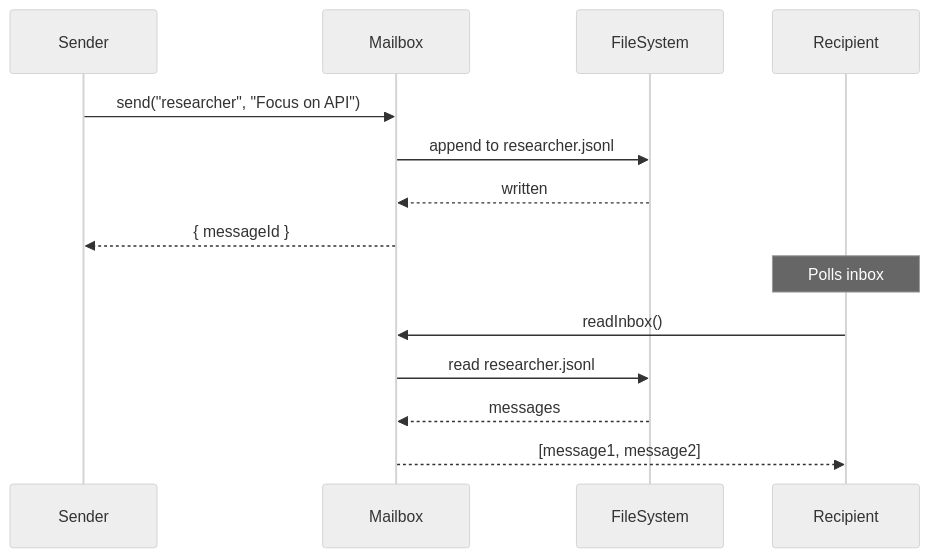
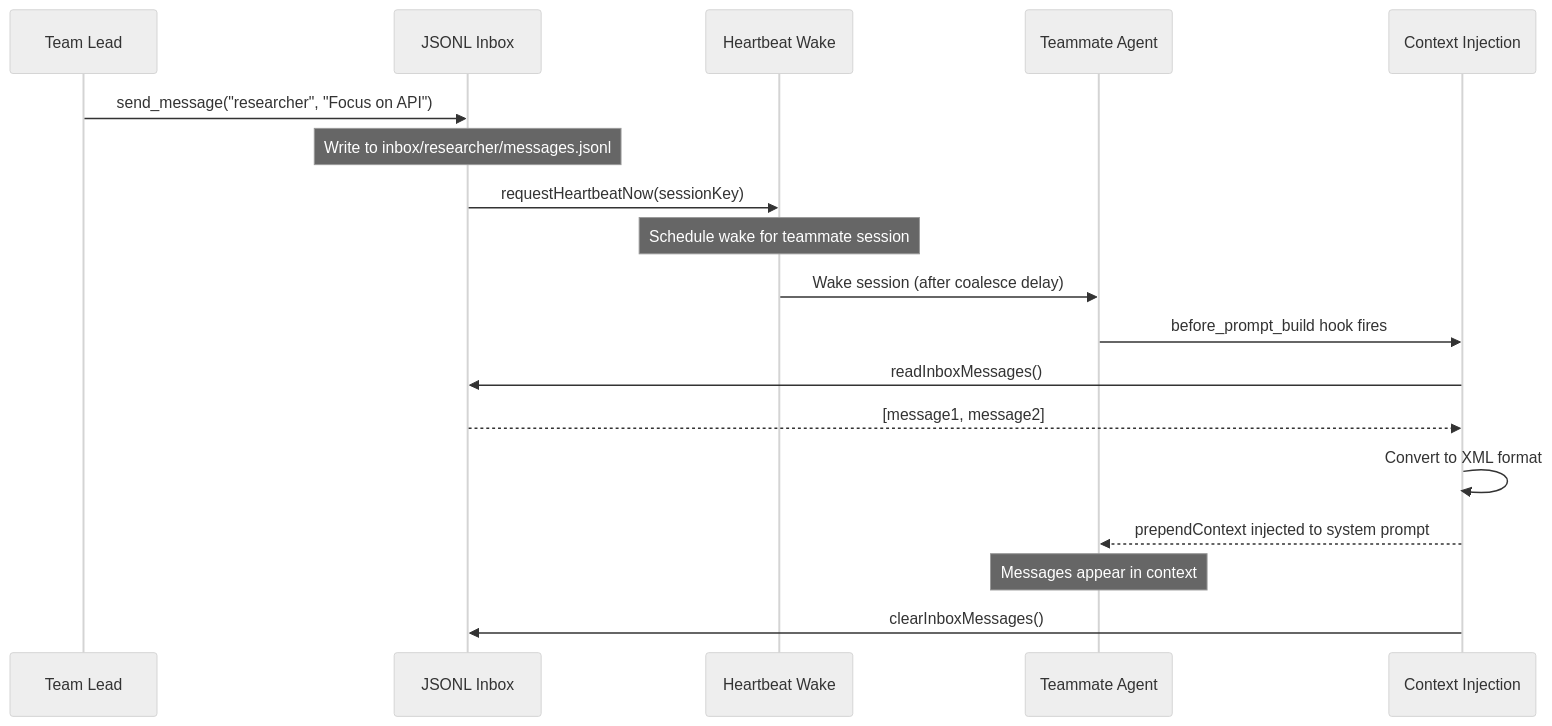
The fourth of 4 diagrams in docs/plans/2026-03-01-agent-team-plugin-design/architecture.md (FradSer/openclaw-agent-team), drawn with Mermaid (neutral theme) before and after one commit. The commit also changed other lines of this file and 1 other file, not shown here.

First line of the commit message:
docs: add message delivery mechanism details

````diff
--- a/docs/plans/2026-03-01-agent-team-plugin-design/architecture.md
+++ b/docs/plans/2026-03-01-agent-team-plugin-design/architecture.md
@@ -423,17 +425,21 @@
 ```mermaid
 sequenceDiagram
-    participant Sender
-    participant Mailbox
-    participant FileSystem
-    participant Recipient
+    participant Sender as Team Lead
+    participant Mailbox as JSONL Inbox
+    participant Heartbeat as Heartbeat Wake
+    participant Teammate as Teammate Agent
+    participant Context as Context Injection
 
-    Sender->>Mailbox: send("researcher", "Focus on API")
-    Mailbox->>FileSystem: append to researcher.jsonl
-    FileSystem-->>Mailbox: written
-    Mailbox-->>Sender: { messageId }
-    Note over Recipient: Polls inbox
-    Recipient->>Mailbox: readInbox()
-    Mailbox->>FileSystem: read researcher.jsonl
-    FileSystem-->>Mailbox: messages
-    Mailbox-->>Recipient: [message1, message2]
+    Sender->>Mailbox: send_message("researcher", "Focus on API")
+    Note over Mailbox: Write to inbox/researcher/messages.jsonl
+    Mailbox->>Heartbeat: requestHeartbeatNow(sessionKey)
+    Note over Heartbeat: Schedule wake for teammate session
+    Heartbeat->>Teammate: Wake session (after coalesce delay)
+    Teammate->>Context: before_prompt_build hook fires
+    Context->>Mailbox: readInboxMessages()
+    Mailbox-->>Context: [message1, message2]
+    Context->>Context: Convert to XML format
+    Context-->>Teammate: prependContext injected to system prompt
+    Note over Teammate: Messages appear in context
+    Context->>Mailbox: clearInboxMessages()
 ```
````
